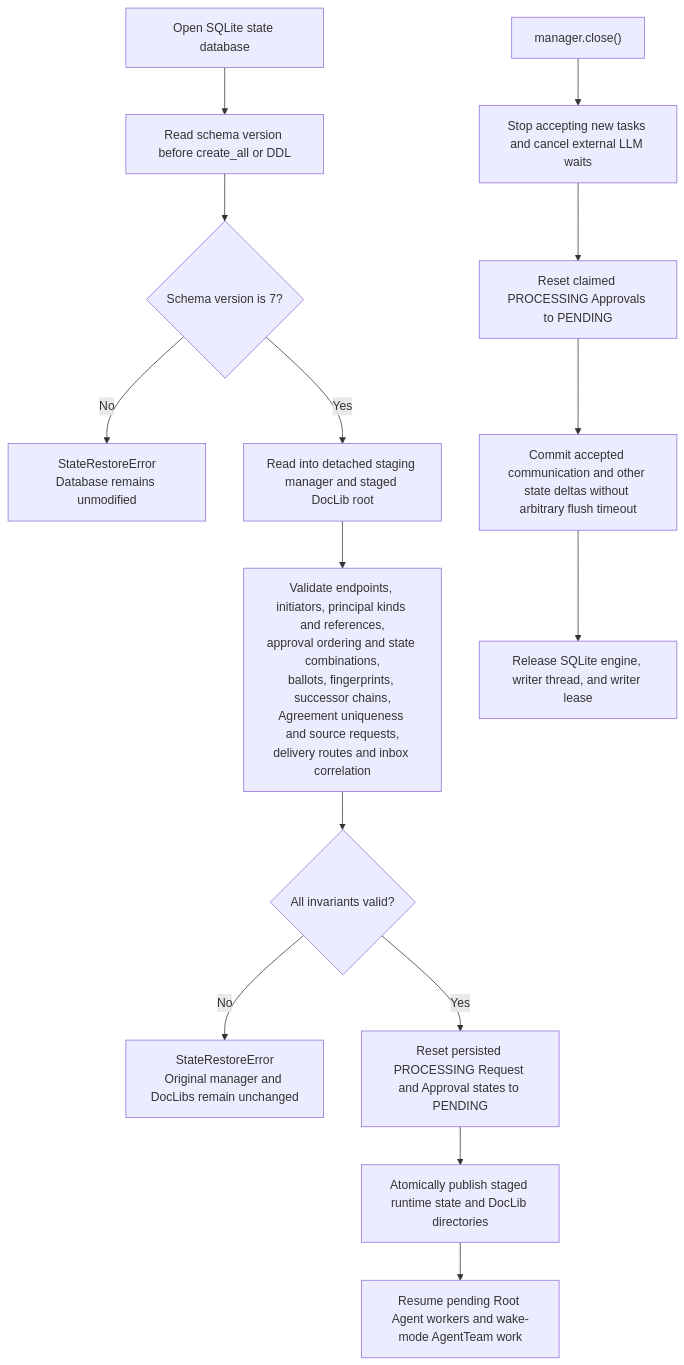
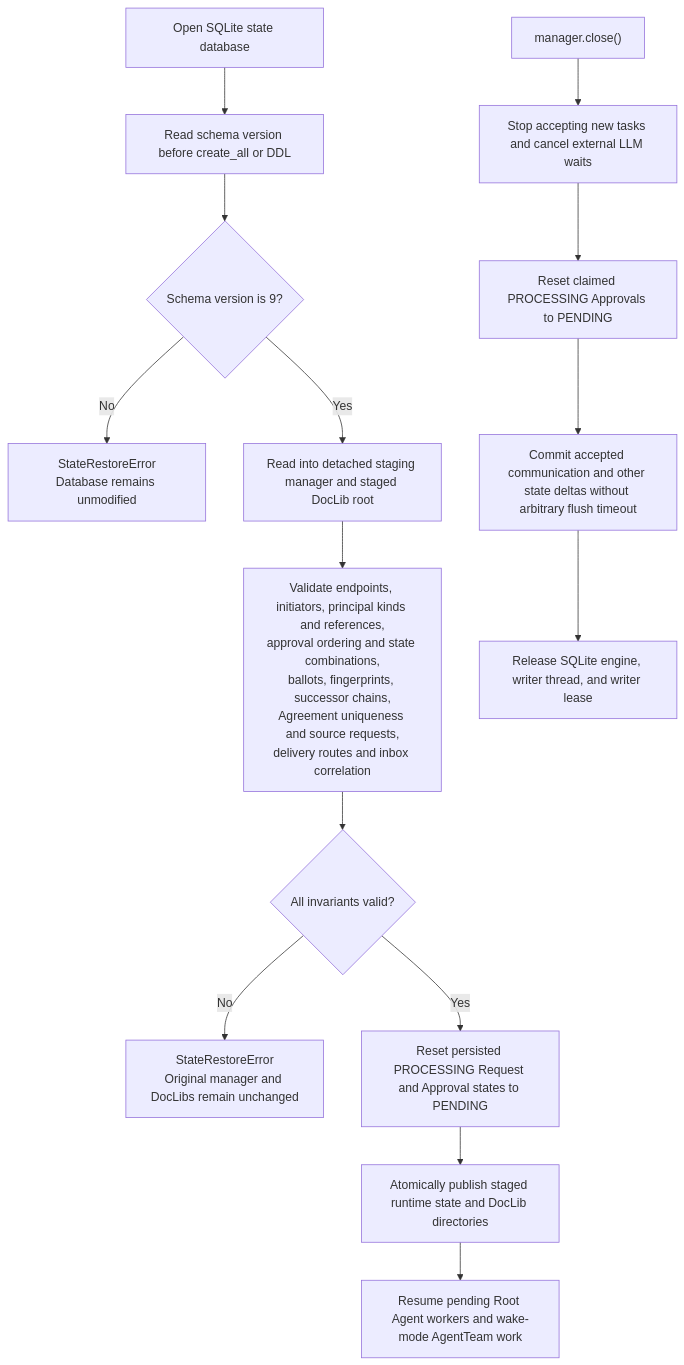
Before and after one commit to AI-Team-Team/AI-Team-Team: diagram 13 of 13 in docs/flowcharts/Autonomous_Communication_Governance.md, drawn with Mermaid. The commit also changed other lines of this file and 59 other files, not shown here.

````diff
--- a/docs/flowcharts/Autonomous_Communication_Governance.md
+++ b/docs/flowcharts/Autonomous_Communication_Governance.md
@@ -377,18 +377,18 @@
 ```mermaid
 flowchart TD
     Open["Open SQLite state database"] --> Preflight["Read schema version before create_all or DDL"]
-    Preflight --> Version{"Schema version is 7?"}
+    Preflight --> Version{"Schema version is 9?"}
     Version -- "No" --> Reject["StateRestoreError<br/>Database remains unmodified"]
     Version -- "Yes" --> Stage["Read into detached staging manager and staged DocLib root"]
     Stage --> Validate["Validate endpoints, initiators, principal kinds and references,<br/>approval ordering and state combinations,<br/>ballots, fingerprints, successor chains,<br/>Agreement uniqueness and source requests,<br/>delivery routes and inbox correlation"]
     Validate --> Valid{"All invariants valid?"}
     Valid -- "No" --> Preserve["StateRestoreError<br/>Original manager and DocLibs remain unchanged"]
     Valid -- "Yes" --> Reset["Reset persisted PROCESSING Request and Approval states to PENDING"]
     Reset --> Publish["Atomically publish staged runtime state and DocLib directories"]
     Publish --> Resume["Resume pending Root Agent workers and wake-mode AgentTeam work"]
 
     Shutdown["manager.close()"] --> Stop["Stop accepting new tasks and cancel external LLM waits"]
     Stop --> Release["Reset claimed PROCESSING Approvals to PENDING"]
     Release --> Flush["Commit accepted communication and other state deltas without arbitrary flush timeout"]
     Flush --> Close["Release SQLite engine, writer thread, and writer lease"]
 ```
````
